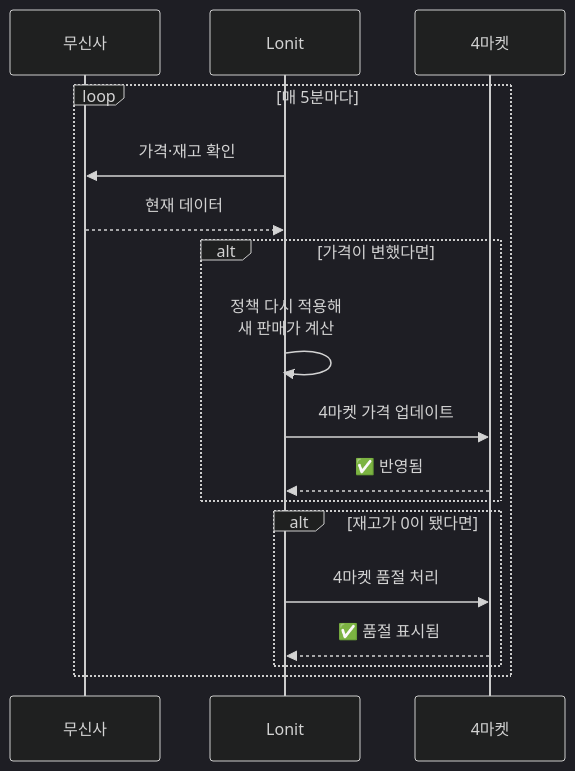
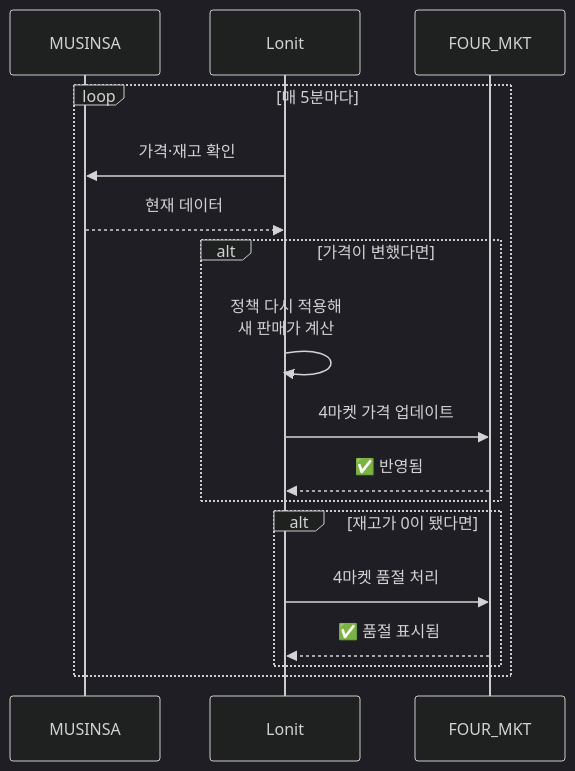
One commit to cksdud5785-design/lonit-manual changed the fifth of 10 diagrams in docs/02-architecture.md. Above: the diagram before and after it, drawn with Mermaid (dark theme). The commit also changed other lines of this file and 17 other files, not shown here.

First line of the commit message:
fix: mermaid 한국어 ID → ASCII + 더망고 → T사 일괄 변경

````diff
--- a/docs/02-architecture.md
+++ b/docs/02-architecture.md
@@ -129,22 +129,22 @@
 ```mermaid
 sequenceDiagram
-    participant 무신사 as 무신사
+    participant MUSINSA as MUSINSA
     participant L as Lonit
-    participant 마켓 as 4마켓
+    participant MK as FOUR_MKT
     
     loop 매 5분마다
-        L->>무신사: 가격·재고 확인
-        무신사-->>L: 현재 데이터
+        L->>MUSINSA: 가격·재고 확인
+        MUSINSA-->>L: 현재 데이터
         
         alt 가격이 변했다면
             L->>L: 정책 다시 적용해<br>새 판매가 계산
-            L->>마켓: 4마켓 가격 업데이트
-            마켓-->>L: ✅ 반영됨
+            L->>MK: 4마켓 가격 업데이트
+            MK-->>L: ✅ 반영됨
         end
         
         alt 재고가 0이 됐다면
-            L->>마켓: 4마켓 품절 처리
-            마켓-->>L: ✅ 품절 표시됨
+            L->>MK: 4마켓 품절 처리
+            MK-->>L: ✅ 품절 표시됨
         end
     end
 ```
````
